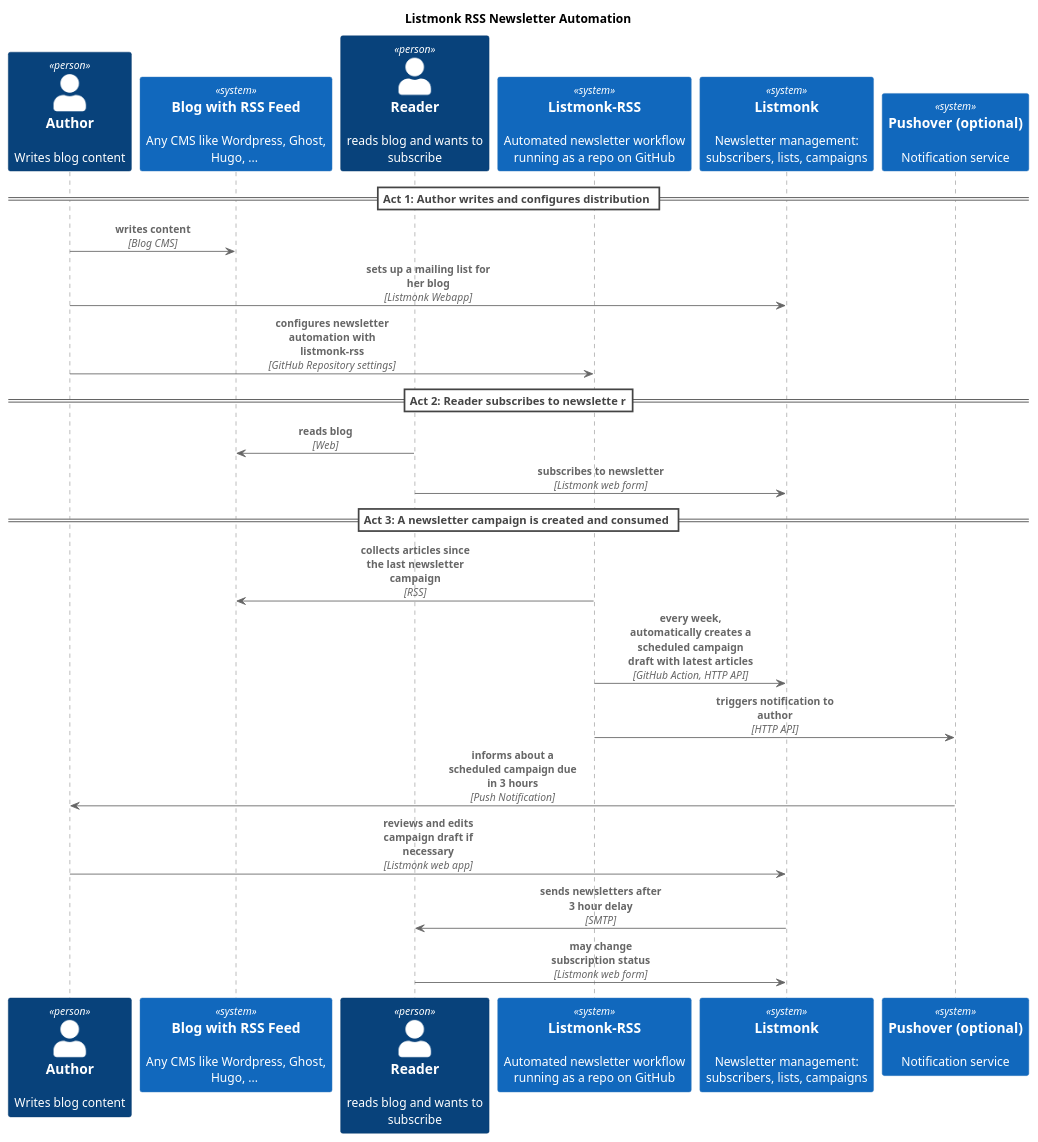
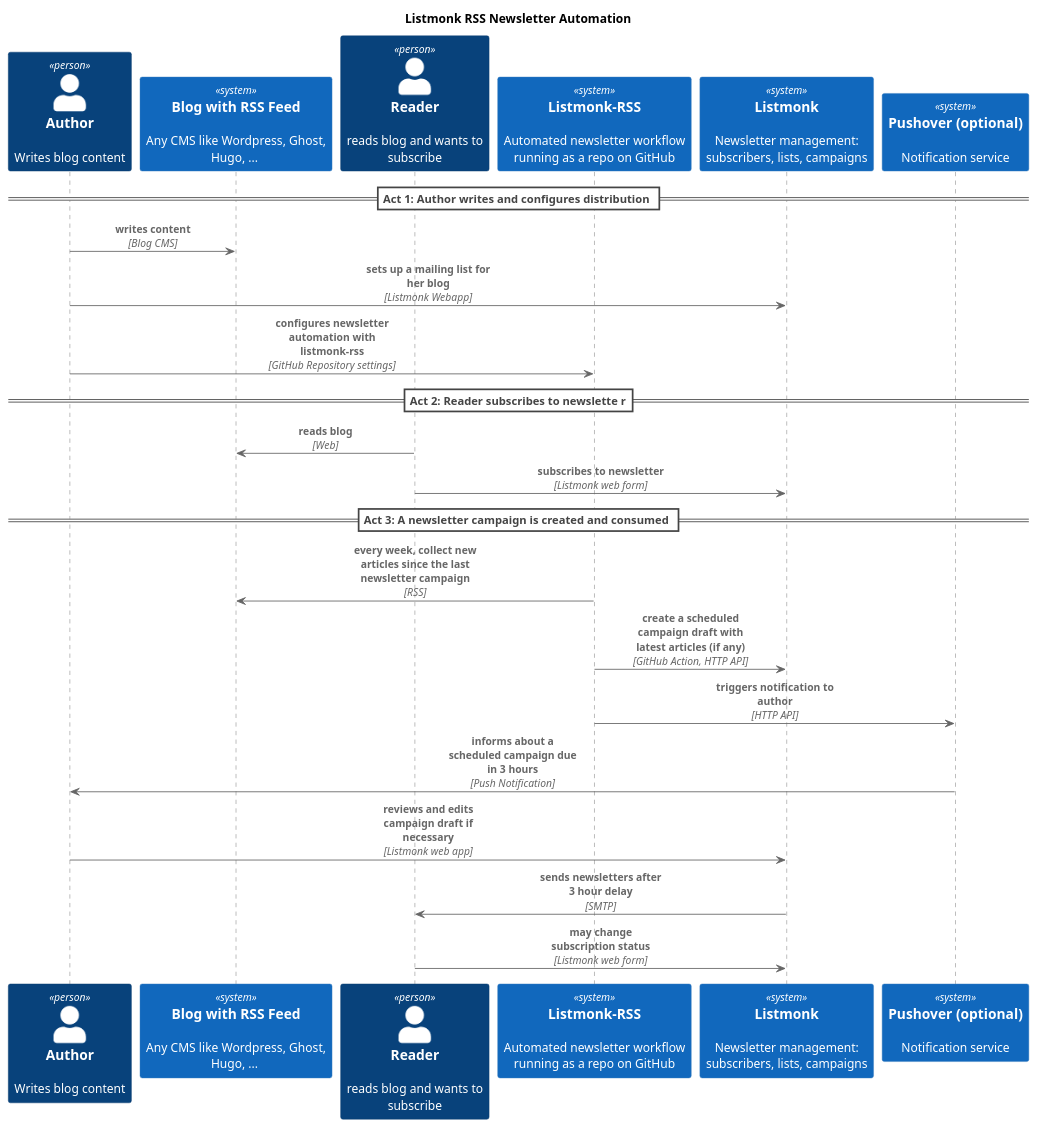
One commit to ping13/listmonk-rss changed the diagram in assets/C4/sequence_diagram.puml. Above: the diagram before and after it, drawn with PlantUML. The commit also changed 1 other file, not shown here.

Commit message:
docs: Update sequence diagram descriptions for clarity

```diff
--- a/assets/C4/sequence_diagram.puml
+++ b/assets/C4/sequence_diagram.puml
@@ -1,40 +1,40 @@
 @startuml
 !include https://raw.githubusercontent.com/plantuml-stdlib/C4-PlantUML/master/C4_Sequence.puml
 
 title Listmonk RSS Newsletter Automation 
 
 SHOW_ELEMENT_DESCRIPTIONS()
 SHOW_FOOT_BOXES()
 
 ' Define actors and systems
 Person(author, "Author", "Writes blog content")
 System(blog, "Blog with RSS Feed", "Any CMS like Wordpress, Ghost, Hugo, ... ")
 Person(subscriber, "Reader", "reads blog and wants to subscribe")
 System(newsletter, "Listmonk-RSS", "Automated newsletter workflow running as a repo on GitHub")
 System(listmonk, "Listmonk", "Newsletter management: subscribers, lists, campaigns")
 System(pushover, "Pushover (optional)", "Notification service")
 
 
 ' Seqeunce as relationships
 == Act 1: Author writes and configures distribution ==
 
 Rel(author, blog, "writes content", "Blog CMS")
 Rel(author, listmonk, "sets up a mailing list for her blog", "Listmonk Webapp")
 Rel(author, newsletter, "configures newsletter automation with listmonk-rss", "GitHub Repository settings")
 
 == Act 2: Reader subscribes to newslette r==
 
 Rel(subscriber, blog, "reads blog", "Web")
 Rel(subscriber, listmonk, "subscribes to newsletter", "Listmonk web form")
 
 == Act 3: A newsletter campaign is created and consumed ==
 
-Rel(newsletter, blog, "collects articles since the last newsletter campaign", "RSS")
-Rel(newsletter, listmonk, "every week, automatically creates a scheduled campaign draft with latest articles", "GitHub Action, HTTP API")
+Rel(newsletter, blog, "every week, collect new articles since the last newsletter campaign", "RSS")
+Rel(newsletter, listmonk, "create a scheduled campaign draft with latest articles (if any)", "GitHub Action, HTTP API")
 Rel(newsletter, pushover, "triggers notification to author", "HTTP API")
 Rel(pushover, author, "informs about a scheduled campaign due in 3 hours", "Push Notification")
 Rel(author, listmonk, "reviews and edits campaign draft if necessary", "Listmonk web app")
 Rel(listmonk, subscriber, "sends newsletters after 3 hour delay", "SMTP")
 Rel(subscriber, listmonk, "may change subscription status", "Listmonk web form")
 
 @enduml
```
